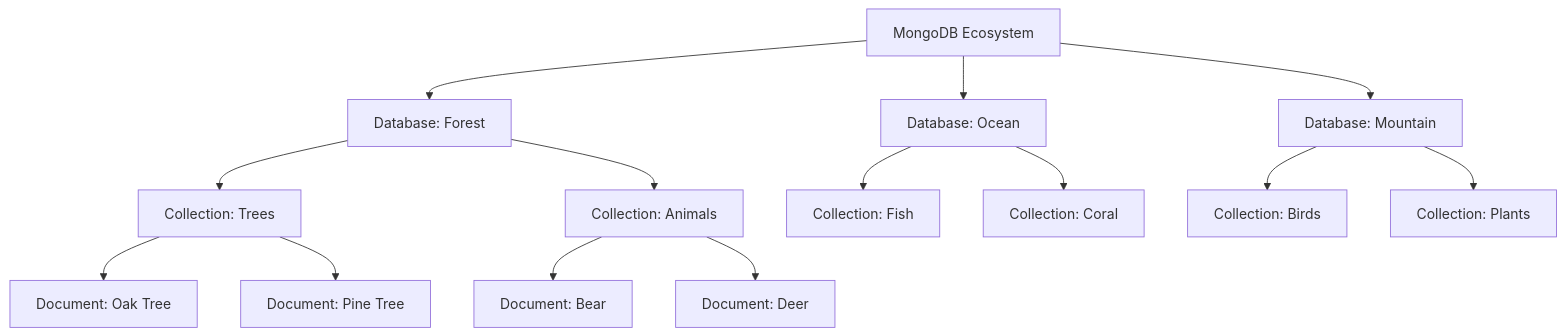
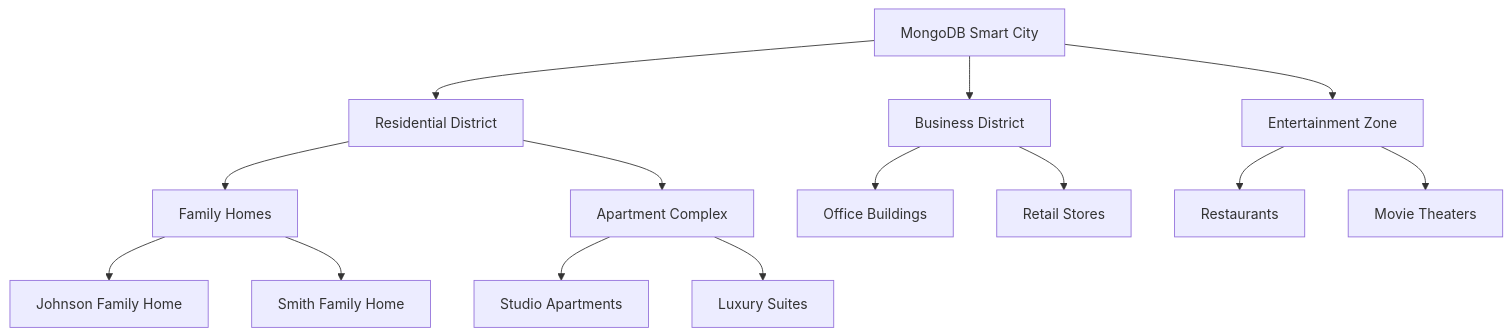
Before and after one commit to viswanathsandu/QuickGuides: the first of 11 diagrams in mongodb-nature-guide.md, drawn with Mermaid. The commit also changed other lines of this file, not shown here.

````diff
--- a/mongodb-nature-guide.md
+++ b/mongodb-nature-guide.md
@@ -48,21 +48,21 @@
 ```mermaid
 graph TB
-    A[MongoDB Ecosystem] --> B[Database: Forest]
-    A --> C[Database: Ocean]
-    A --> D[Database: Mountain]
+    A[MongoDB Smart City] --> B[Residential District]
+    A --> C[Business District]
+    A --> D[Entertainment Zone]
     
-    B --> E[Collection: Trees]
-    B --> F[Collection: Animals]
+    B --> E[Family Homes]
+    B --> F[Apartment Complex]
     
-    C --> G[Collection: Fish]
-    C --> H[Collection: Coral]
+    C --> G[Office Buildings]
+    C --> H[Retail Stores]
     
-    D --> I[Collection: Birds]
-    D --> J[Collection: Plants]
+    D --> I[Restaurants]
+    D --> J[Movie Theaters]
     
-    E --> K[Document: Oak Tree]
-    E --> L[Document: Pine Tree]
+    E --> K[Johnson Family Home]
+    E --> L[Smith Family Home]
     
-    F --> M[Document: Bear]
-    F --> N[Document: Deer]
+    F --> M[Studio Apartments]
+    F --> N[Luxury Suites]
 ```
````
